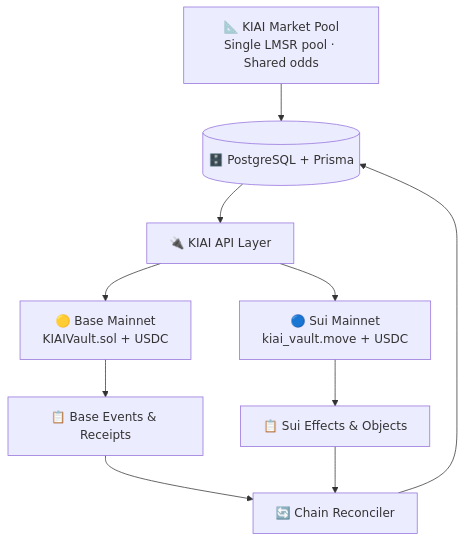
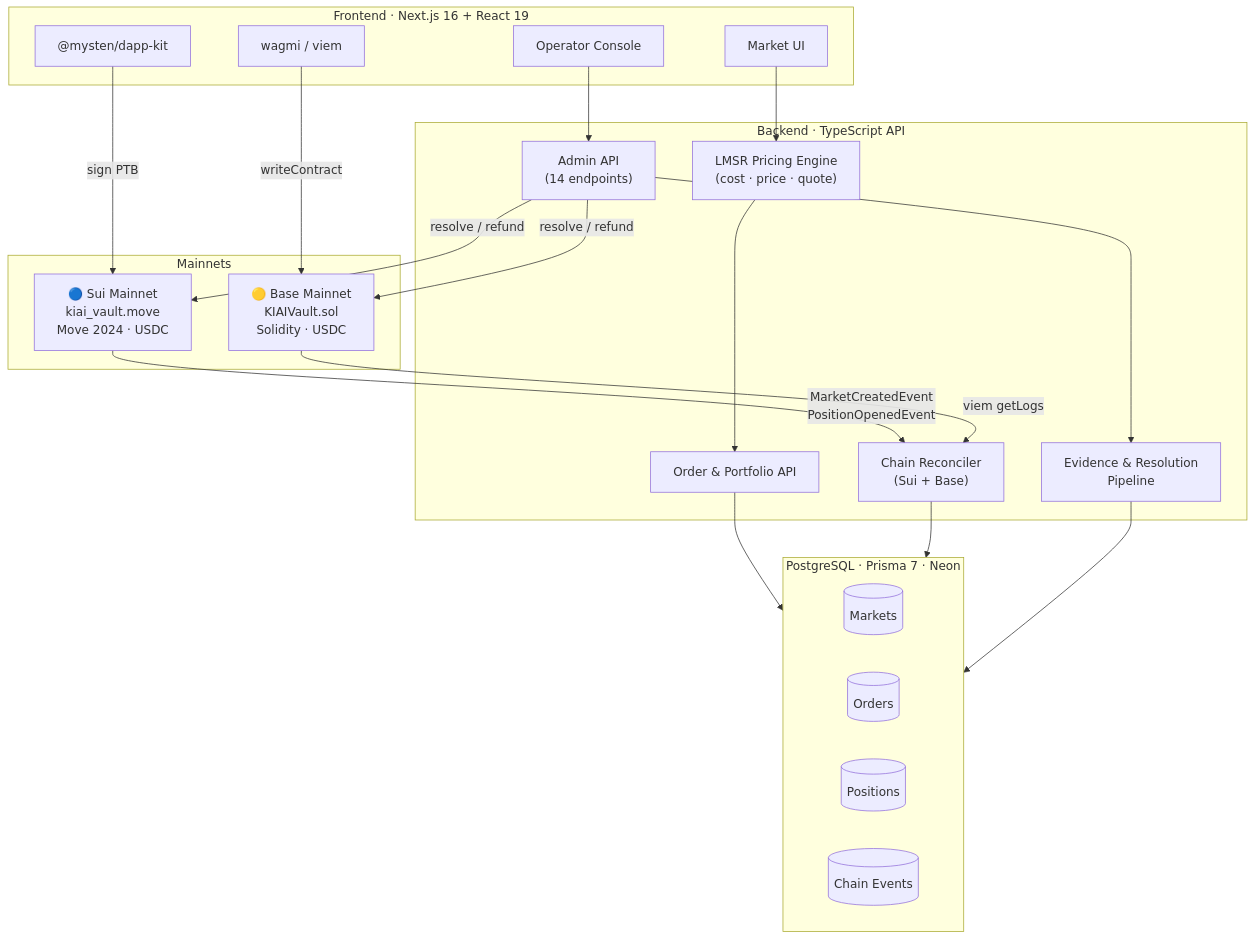
The first of 2 diagrams in README.md (KIAI-prection/KIAI-main), drawn with Mermaid before and after one commit. The commit also changed other lines of this file and 13 other files, not shown here.

First line of the commit message:
deploy Sui mainnet, clean repo for hackathon submission

````diff
--- a/README.md
+++ b/README.md
@@ -191,12 +30,40 @@
 ```mermaid
-flowchart TB
-  Pool["📐 KIAI Market Pool<br/>Single LMSR pool · Shared odds"] --> DB[(🗄️ PostgreSQL + Prisma)]
-  DB --> API[🔌 KIAI API Layer]
-  API --> BaseRail["🟡 Base Mainnet<br/>KIAIVault.sol + USDC"]
-  API --> SuiRail["🔵 Sui Mainnet<br/>kiai_vault.move + USDC"]
-  BaseRail --> BaseEvents[📋 Base Events & Receipts]
-  SuiRail --> SuiEffects[📋 Sui Effects & Objects]
-  BaseEvents --> Reconciler[🔄 Chain Reconciler]
-  SuiEffects --> Reconciler
-  Reconciler --> DB
+flowchart TD
+    subgraph Frontend["Frontend · Next.js 16 + React 19"]
+        UI[Market UI]
+        WalletSui["@mysten/dapp-kit"]
+        WalletBase[wagmi / viem]
+        OpConsole[Operator Console]
+    end
+
+    subgraph Backend["Backend · TypeScript API"]
+        LMSR["LMSR Pricing Engine\n(cost · price · quote)"]
+        OrderAPI[Order & Portfolio API]
+        AdminAPI["Admin API\n(14 endpoints)"]
+        Reconciler["Chain Reconciler\n(Sui + Base)"]
+        EvidenceEngine["Evidence & Resolution\nPipeline"]
+    end
+
+    subgraph DB["PostgreSQL · Prisma 7 · Neon"]
+        Markets[(Markets)]
+        Orders[(Orders)]
+        Positions[(Positions)]
+        Events[(Chain Events)]
+    end
+
+    subgraph Chains["Mainnets"]
+        SuiVault["🔵 Sui Mainnet\nkiai_vault.move\nMove 2024 · USDC"]
+        BaseVault["🟡 Base Mainnet\nKIAIVault.sol\nSolidity · USDC"]
+    end
+
+    UI --> LMSR --> OrderAPI
+    WalletSui -->|"sign PTB"| SuiVault
+    WalletBase -->|"writeContract"| BaseVault
+    OrderAPI --> DB
+    SuiVault -->|"MarketCreatedEvent\nPositionOpenedEvent"| Reconciler
+    BaseVault -->|"viem getLogs"| Reconciler
+    Reconciler --> DB
+    OpConsole --> AdminAPI --> EvidenceEngine --> DB
+    AdminAPI -->|"resolve / refund"| SuiVault
+    AdminAPI -->|"resolve / refund"| BaseVault
 ```
````
